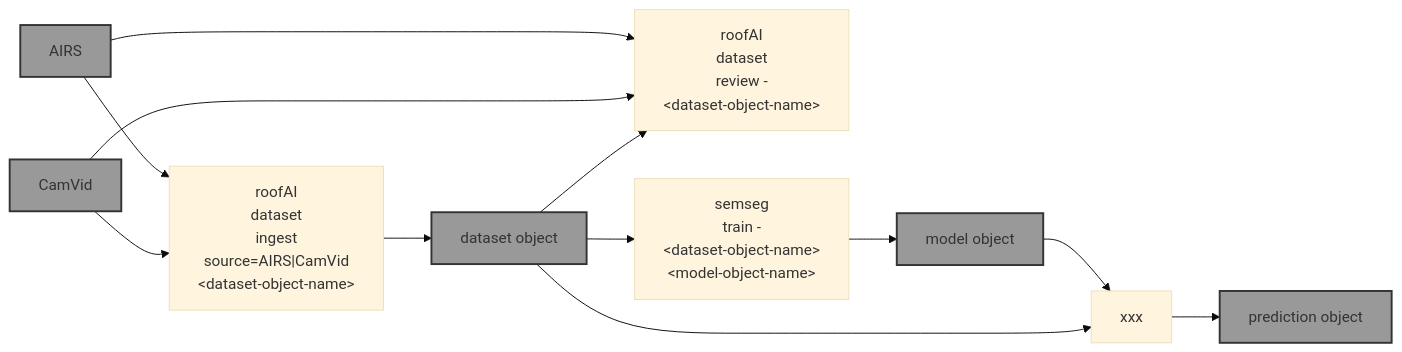
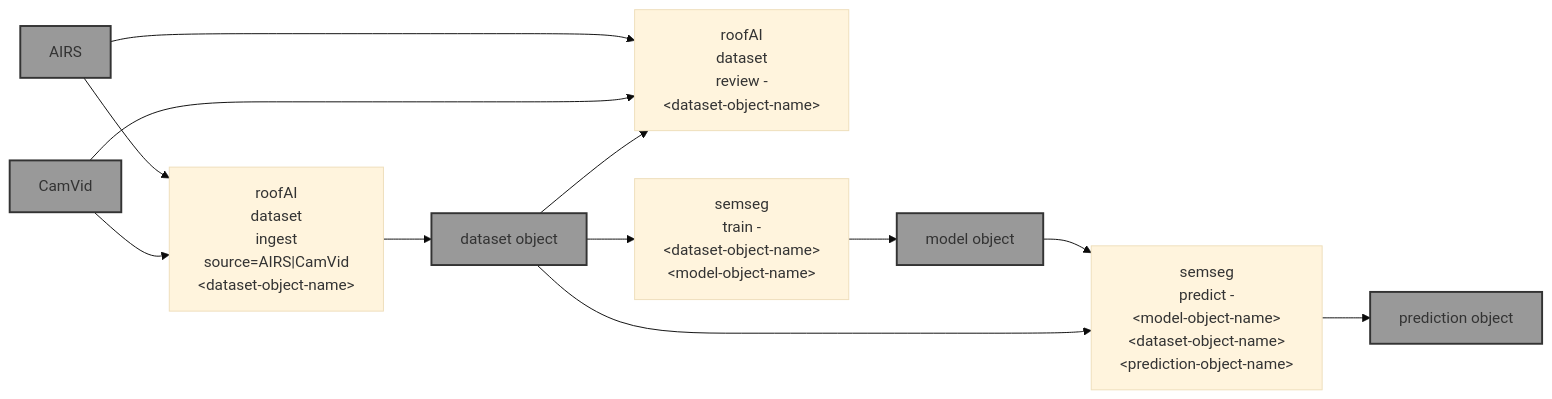
Before and after one commit to kamangir/roofAI: the diagram in README.md, drawn with Mermaid (base theme). The commit also changed other lines of this file and 2 other files, not shown here.

Commit message:
doc++ - kamangir/bolt#746

````diff
--- a/README.md
+++ b/README.md
@@ -9,33 +9,33 @@
 ```mermaid
 graph LR
     dataset_ingest["roofAI<br>dataset<br>ingest<br>source=AIRS|CamVid<br>&lt;dataset-object-name&gt;"]
 
     dataset_review["roofAI<br>dataset<br>review -<br>&lt;dataset-object-name&gt;"]
 
     semseg_train["semseg<br>train -<br>&lt;dataset-object-name&gt;<br>&lt;model-object-name&gt;"]
 
-    semseg_predict["xxx"]
+    semseg_predict["semseg<br>predict -<br>&lt;model-object-name&gt;<br>&lt;dataset-object-name&gt;<br>&lt;prediction-object-name&gt;<br>"]
 
     AIRS["AIRS"]:::folder
     CamVid["CamVid"]:::folder
     dataset_object_name["dataset object"]:::folder
     model_object_name["model object"]:::folder
     prediction_object_name["prediction object"]:::folder
 
     AIRS --> dataset_ingest
     CamVid --> dataset_ingest
     dataset_ingest --> dataset_object_name
 
     AIRS --> dataset_review
     CamVid --> dataset_review
     dataset_object_name --> dataset_review
 
     dataset_object_name --> semseg_train
     semseg_train --> model_object_name
 
     model_object_name --> semseg_predict
     dataset_object_name --> semseg_predict
     semseg_predict --> prediction_object_name
 
     classDef folder fill:#999,stroke:#333,stroke-width:2px;
 ```
````
